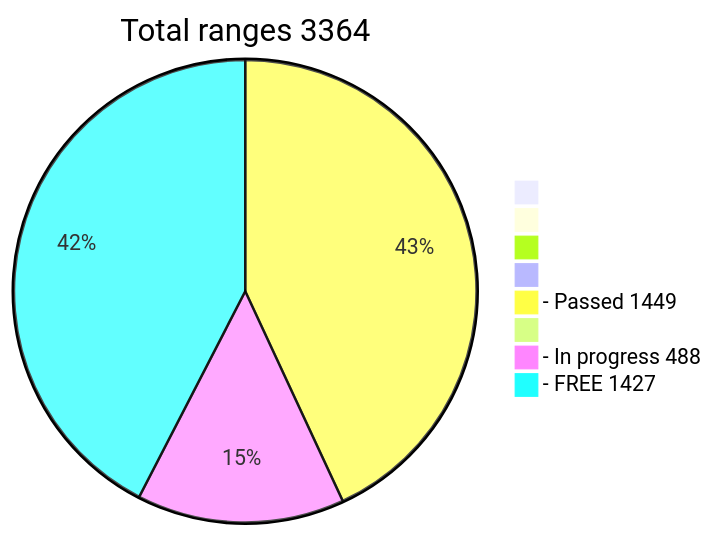
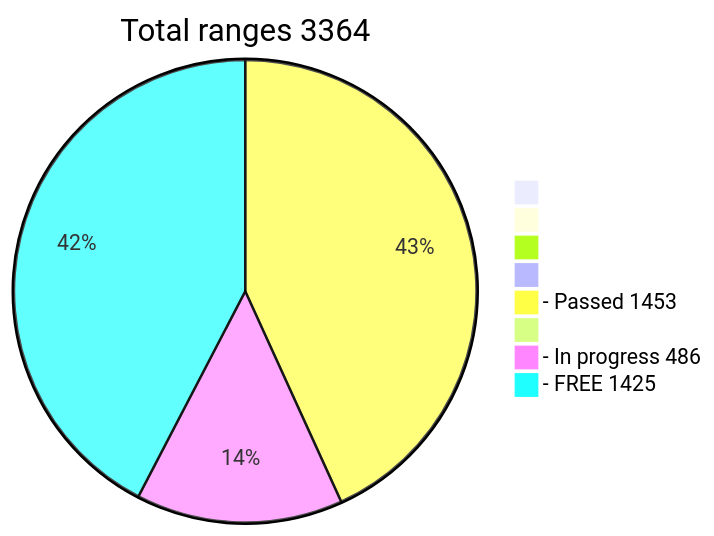
The diagram in README.md (phrutis/wif500), drawn with Mermaid before and after one commit.

````diff
--- a/README.md
+++ b/README.md
@@ -16,12 +16,12 @@
 ```mermaid
 pie title Total ranges 3364
              " " : 0
             "  " : 0
            "   " : 0
           "    " : 0
-  "- Passed 1449" : 1449
+  "- Passed 1453" : 1453
          "     " : 0
-  "- In progress 488" : 488
-   "- FREE 1427" : 1427
+  "- In progress 486" : 486
+   "- FREE 1425" : 1425
    
 ```
````
